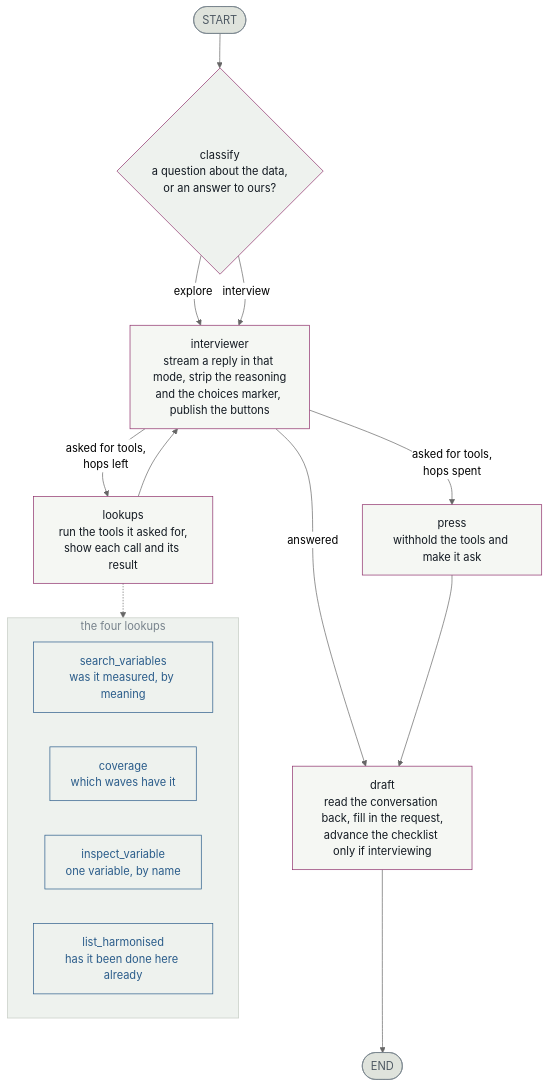
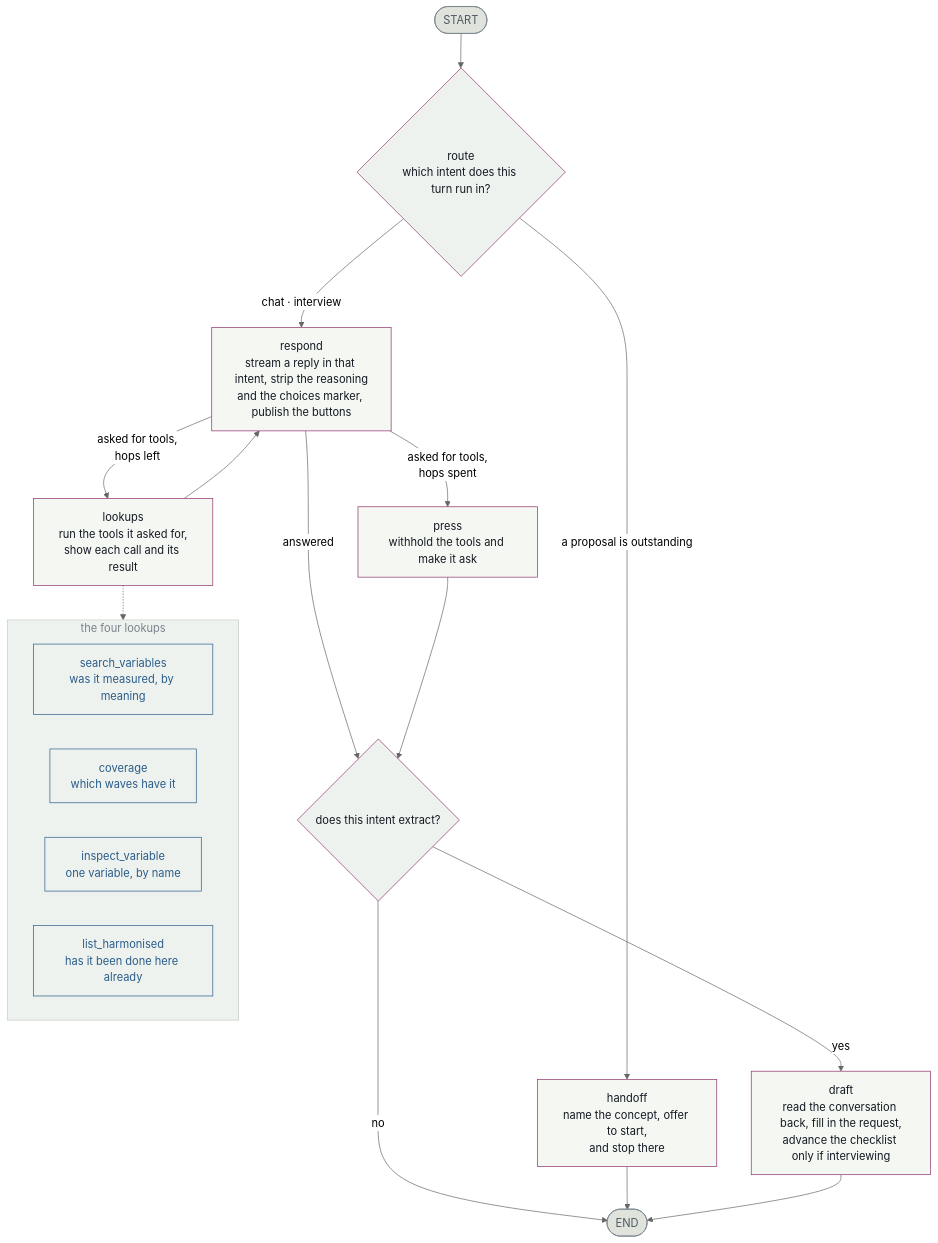
One commit to CLS-Data/bcs70-core changed the diagram in web/assistant/README.md. Above: the diagram before and after it, drawn with Mermaid (neutral theme). The commit also changed other lines of this file and 9 other files, not shown here.

````diff
--- a/web/assistant/README.md
+++ b/web/assistant/README.md
@@ -14,39 +21,44 @@
 ```mermaid
 flowchart TD
-    START([START]) --> CLS
+    START([START]) --> RT
 
-    CLS{"classify<br/>a question about the data,<br/>or an answer to ours?"}
-    CLS -- "explore" --> INT
-    CLS -- "interview" --> INT
+    RT{"route<br/>which intent does this turn run in?"}
+    RT -- "a proposal is outstanding" --> HO
+    RT -- "chat · interview" --> RES
 
-    INT["interviewer<br/>stream a reply in that mode, strip the reasoning<br/>and the choices marker, publish the buttons"]
+    HO["handoff<br/>name the concept, offer to start,<br/>and stop there"]
+    RES["respond<br/>stream a reply in that intent, strip the reasoning<br/>and the choices marker, publish the buttons"]
     LOOK["lookups<br/>run the tools it asked for,<br/>show each call and its result"]
     PRESS["press<br/>withhold the tools and make it ask"]
     DRAFT["draft<br/>read the conversation back, fill in the request,<br/>advance the checklist only if interviewing"]
 
-    INT -- "asked for tools,<br/>hops left" --> LOOK
-    INT -- "asked for tools,<br/>hops spent" --> PRESS
-    INT -- "answered" --> DRAFT
-    LOOK --> INT
-    PRESS --> DRAFT
+    RES -- "asked for tools,<br/>hops left" --> LOOK
+    RES -- "asked for tools,<br/>hops spent" --> PRESS
+    RES -- "answered" --> EX
+    LOOK --> RES
+    PRESS --> EX
+    EX{"does this intent extract?"}
+    EX -- "yes" --> DRAFT
+    EX -- "no" --> STOP
+    HO --> STOP
     DRAFT --> STOP([END])
 
     subgraph tools ["the four lookups"]
         direction LR
         T1["search_variables<br/>was it measured, by meaning"]
         T2["coverage<br/>which waves have it"]
         T3["inspect_variable<br/>one variable, by name"]
         T4["list_harmonised<br/>has it been done here already"]
     end
     LOOK -.-> tools
 
     classDef node fill:#f5f7f3,stroke:#8e2f6b,color:#131a22
     classDef decision fill:#eef2ee,stroke:#8e2f6b,color:#131a22
     classDef terminal fill:#dfe3dc,stroke:#78838c,color:#4d5862
     classDef toolbox fill:#eef2ee,stroke:#2a5c8a,color:#2a5c8a
-    class INT,LOOK,PRESS,DRAFT node
-    class CLS decision
+    class RES,LOOK,PRESS,DRAFT,HO node
+    class RT,EX decision
     class START,STOP terminal
     class T1,T2,T3,T4 toolbox
     style tools fill:#eef2ee,stroke:#c5ccc3,color:#78838c
 ```
````
